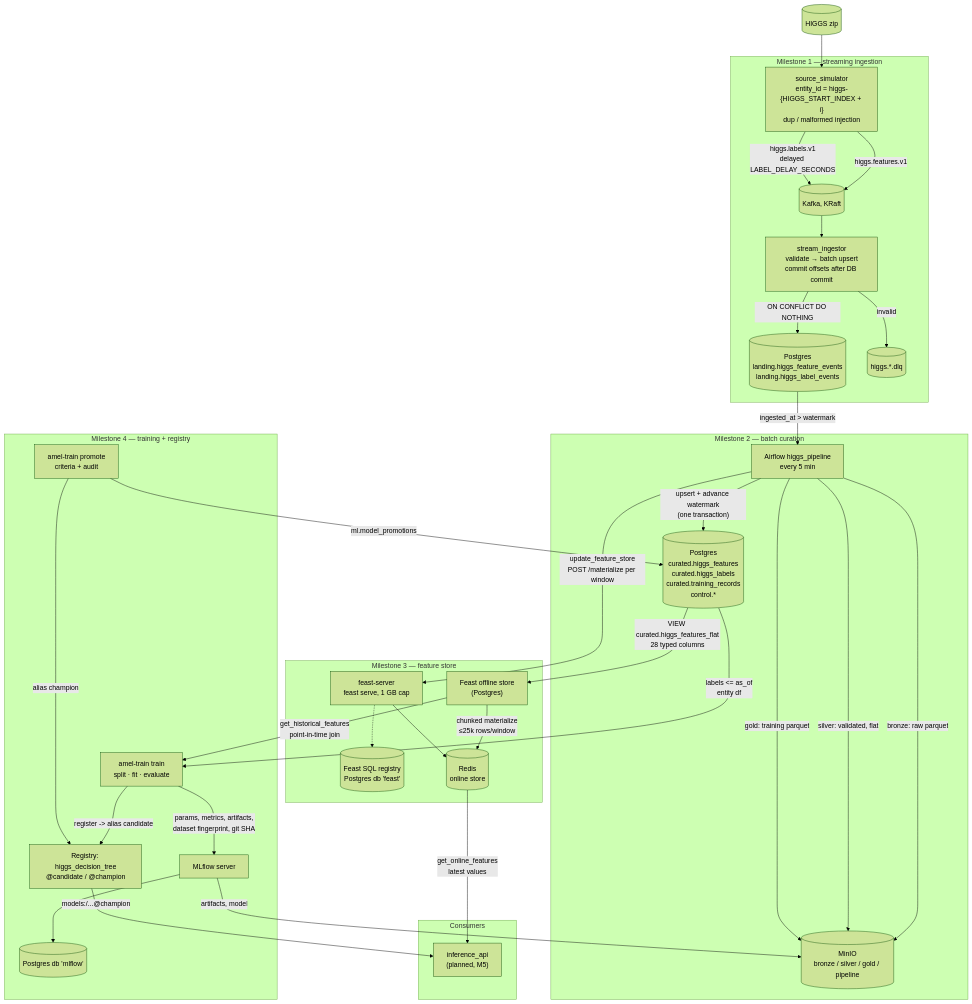
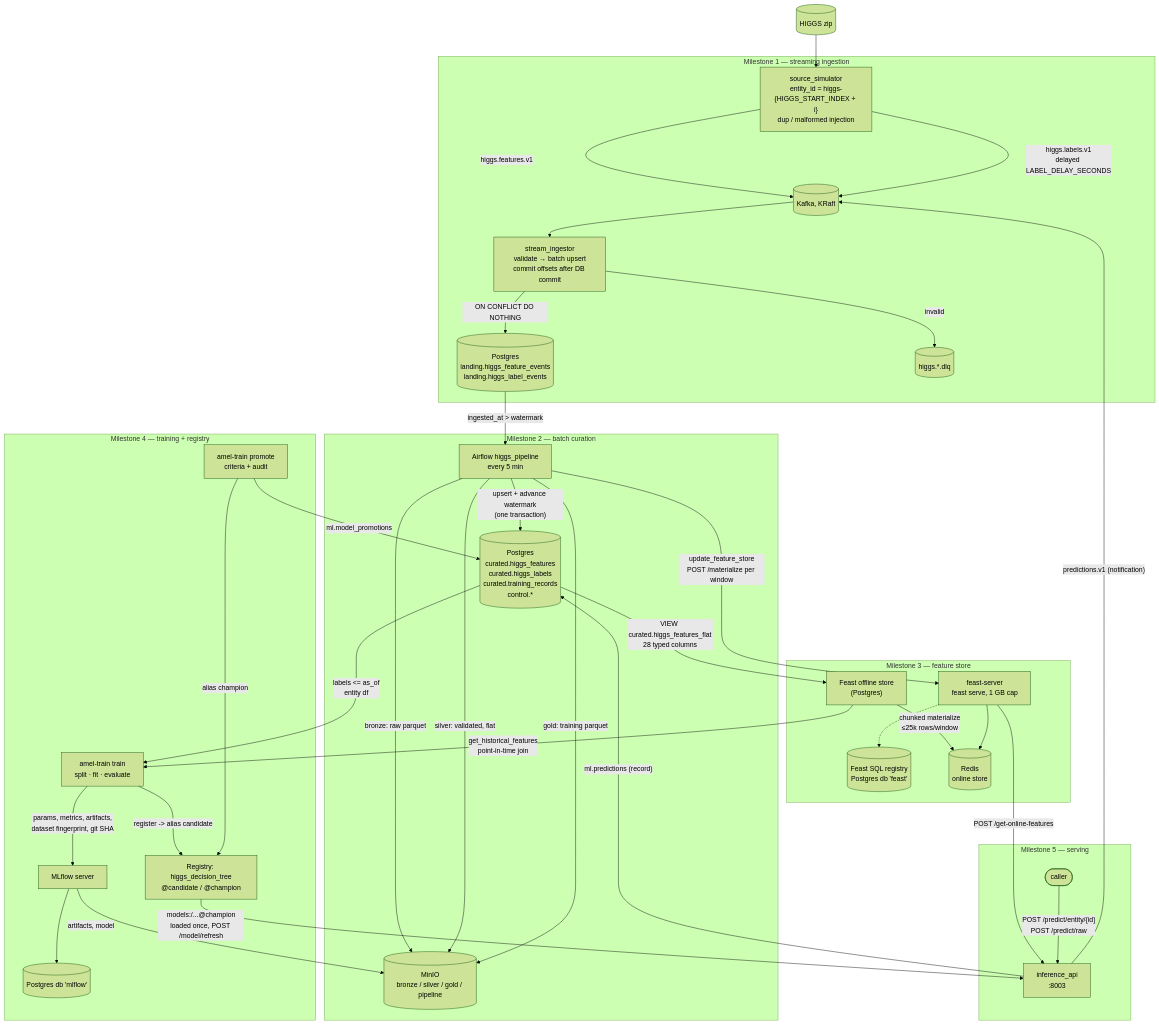
The third of 4 diagrams in ARCHITECTURE.md (chetankumar-works/agentic-ml-engineering-lab), drawn with Mermaid (forest theme) before and after one commit. The commit also changed other lines of this file and 33 other files, not shown here.

````diff
--- a/ARCHITECTURE.md
+++ b/ARCHITECTURE.md
@@ -137,45 +137,48 @@
 ```mermaid
 flowchart TB
     higgs[("HIGGS zip")] --> sim
 
     subgraph ingest ["Milestone 1 — streaming ingestion"]
         sim["source_simulator<br/>entity_id = higgs-{HIGGS_START_INDEX + i}<br/>dup / malformed injection"] -->|"higgs.features.v1"| kafka[("Kafka, KRaft")]
         sim -->|"higgs.labels.v1<br/>delayed LABEL_DELAY_SECONDS"| kafka
         kafka --> ing["stream_ingestor<br/>validate → batch upsert<br/>commit offsets after DB commit"]
         ing -->|"ON CONFLICT DO NOTHING"| landing[("Postgres<br/>landing.higgs_feature_events<br/>landing.higgs_label_events")]
         ing -->|"invalid"| dlq[("higgs.*.dlq")]
     end
 
     subgraph batch ["Milestone 2 — batch curation"]
         landing -->|"ingested_at > watermark"| dag["Airflow higgs_pipeline<br/>every 5 min"]
         dag -->|"bronze: raw parquet"| minio[("MinIO<br/>bronze / silver / gold / pipeline")]
         dag -->|"silver: validated, flat"| minio
         dag -->|"gold: training parquet"| minio
         dag -->|"upsert + advance watermark<br/>(one transaction)"| curated[("Postgres<br/>curated.higgs_features<br/>curated.higgs_labels<br/>curated.training_records<br/>control.*")]
     end
 
     subgraph feature ["Milestone 3 — feature store"]
         curated -->|"VIEW curated.higgs_features_flat<br/>28 typed columns"| offline["Feast offline store<br/>(Postgres)"]
         registry[("Feast SQL registry<br/>Postgres db 'feast'")]
         offline -->|"chunked materialize<br/>≤25k rows/window"| redis[("Redis<br/>online store")]
         dag -->|"update_feature_store<br/>POST /materialize per window"| server["feast-server<br/>feast serve, 1 GB cap"]
         server --> redis
         server -.-> registry
     end
 
     subgraph training ["Milestone 4 — training + registry"]
         curated -->|"labels <= as_of<br/>entity df"| train["amel-train train<br/>split · fit · evaluate"]
         offline -->|"get_historical_features<br/>point-in-time join"| train
         train -->|"params, metrics, artifacts,<br/>dataset fingerprint, git SHA"| mlflow["MLflow server"]
         mlflow --> mlflowdb[("Postgres db 'mlflow'")]
         mlflow -->|"artifacts, model"| minio
         train -->|"register -> alias candidate"| registry_m["Registry: higgs_decision_tree<br/>@candidate / @champion"]
         promote["amel-train promote<br/>criteria + audit"] -->|"alias champion"| registry_m
         promote -->|"ml.model_promotions"| curated
     end
 
-    subgraph consumers ["Consumers"]
-        redis -->|"get_online_features<br/>latest values"| infer["inference_api<br/>(planned, M5)"]
-        registry_m -->|"models:/...@champion"| infer
+    subgraph serving ["Milestone 5 — serving"]
+        registry_m -->|"models:/...@champion<br/>loaded once, POST /model/refresh"| infer["inference_api<br/>:8003"]
+        server -->|"POST /get-online-features"| infer
+        client(["caller"]) -->|"POST /predict/entity/{id}<br/>POST /predict/raw"| infer
+        infer -->|"ml.predictions (record)"| curated
+        infer -->|"predictions.v1 (notification)"| kafka
     end
 ```
````
